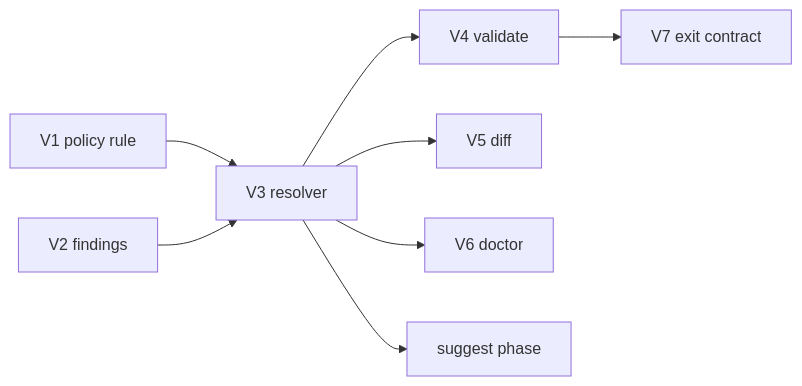
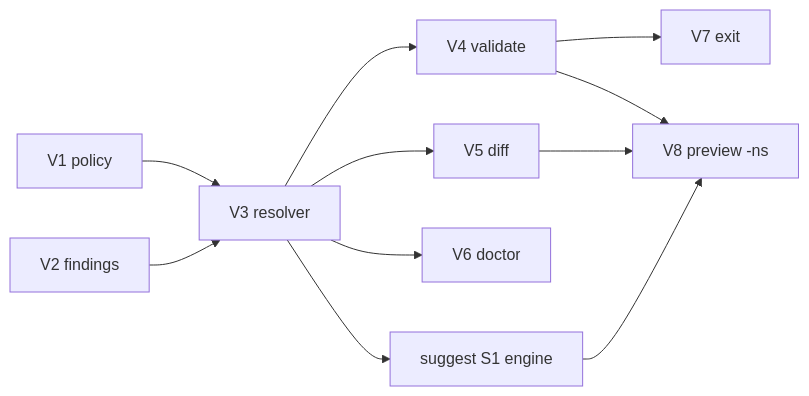
Before and after one commit to zamdevio/expgov: the diagram in maintainer/phases/severity.md, drawn with Mermaid. The commit also changed other lines of this file and 3 other files, not shown here.

First line of the commit message:
docs(maintainer): refine severity/suggest phases with preview and flags

````diff
--- a/maintainer/phases/severity.md
+++ b/maintainer/phases/severity.md
@@ -251,19 +339,23 @@
 ```mermaid
 flowchart LR
-  V1[V1 policy rule]
+  V1[V1 policy]
   V2[V2 findings]
   V3[V3 resolver]
   V4[V4 validate]
   V5[V5 diff]
   V6[V6 doctor]
-  V7[V7 exit contract]
-  SG[suggest phase]
+  V7[V7 exit]
+  S1[suggest S1 engine]
+  V8[V8 preview -ns]
 
   V1 --> V3
   V2 --> V3
   V3 --> V4
   V3 --> V5
   V3 --> V6
   V4 --> V7
-  V3 --> SG
+  S1 --> V8
+  V4 --> V8
+  V5 --> V8
+  V3 --> S1
 ```
````
